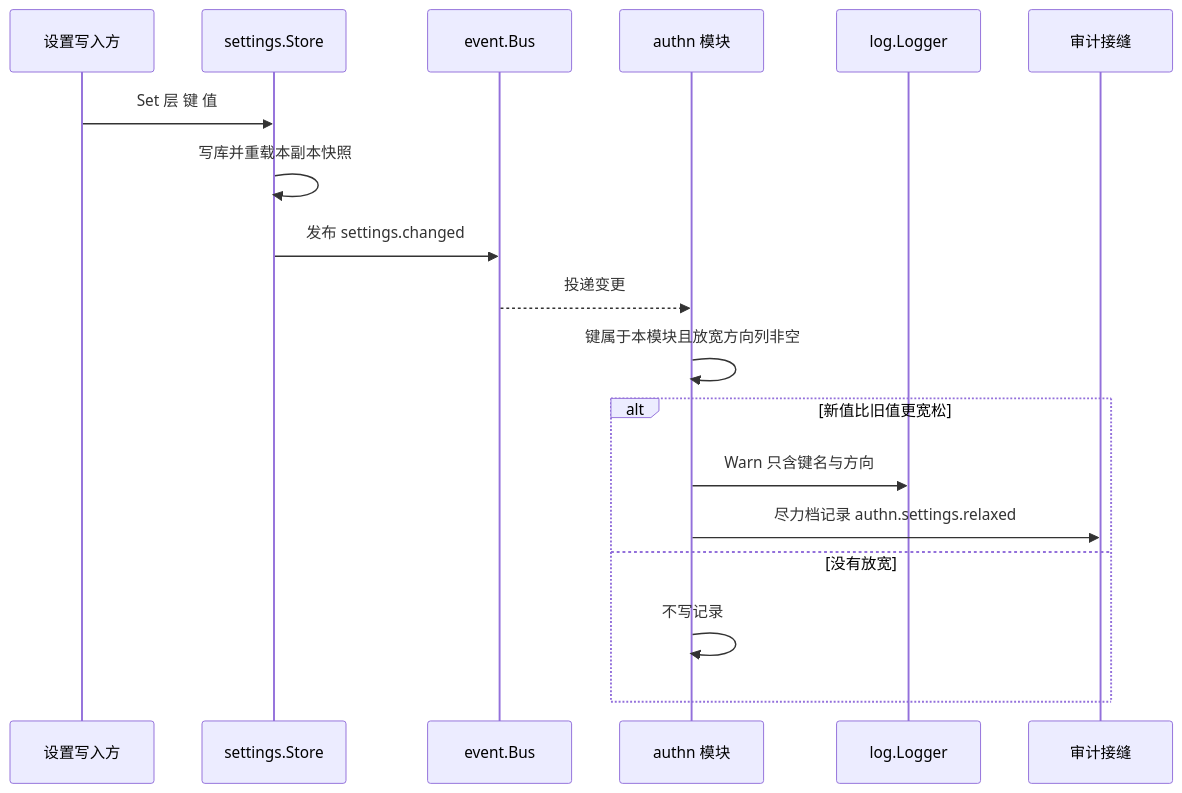
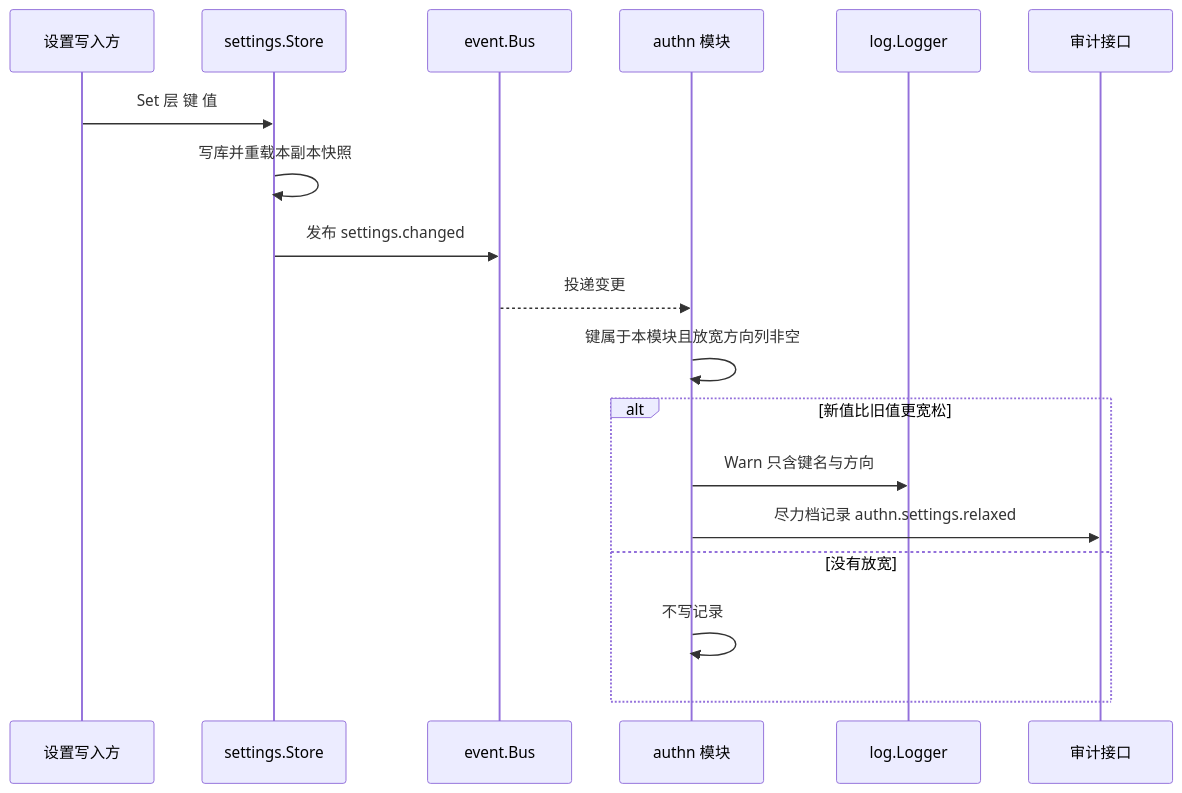
Before and after one commit to wangzw/speed: the first of 3 diagrams in docs/design/modules/authn/design-authn-config.md, drawn with Mermaid. The commit also changed other lines of this file and 328 other files, not shown here.

````diff
--- a/docs/design/modules/authn/design-authn-config.md
+++ b/docs/design/modules/authn/design-authn-config.md
@@ -414,20 +414,20 @@
 ```mermaid
 sequenceDiagram
     participant W as 设置写入方
     participant S as settings.Store
     participant B as event.Bus
     participant M as authn 模块
     participant L as log.Logger
-    participant A as 审计接缝
+    participant A as 审计接口
     W->>S: Set 层 键 值
     S->>S: 写库并重载本副本快照
     S->>B: 发布 settings.changed
     B-->>M: 投递变更
     M->>M: 键属于本模块且放宽方向列非空
     alt 新值比旧值更宽松
         M->>L: Warn 只含键名与方向
         M->>A: 尽力档记录 authn.settings.relaxed
     else 没有放宽
         M->>M: 不写记录
     end
 ```
````
